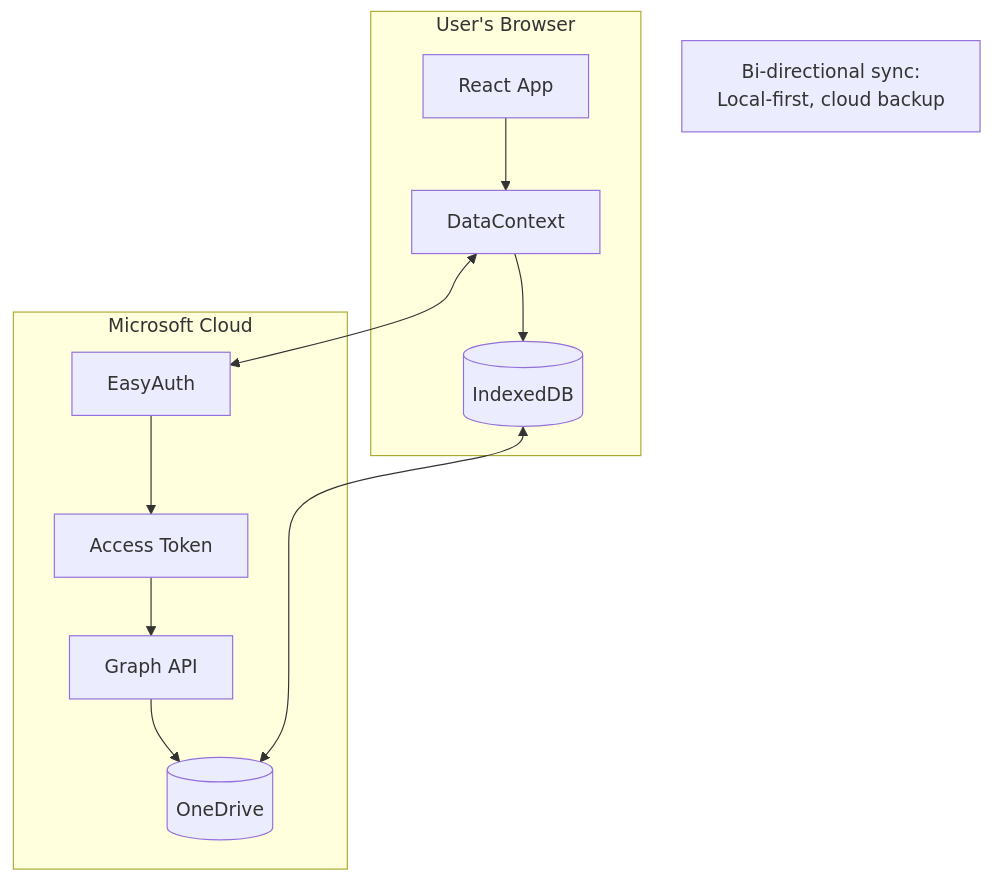
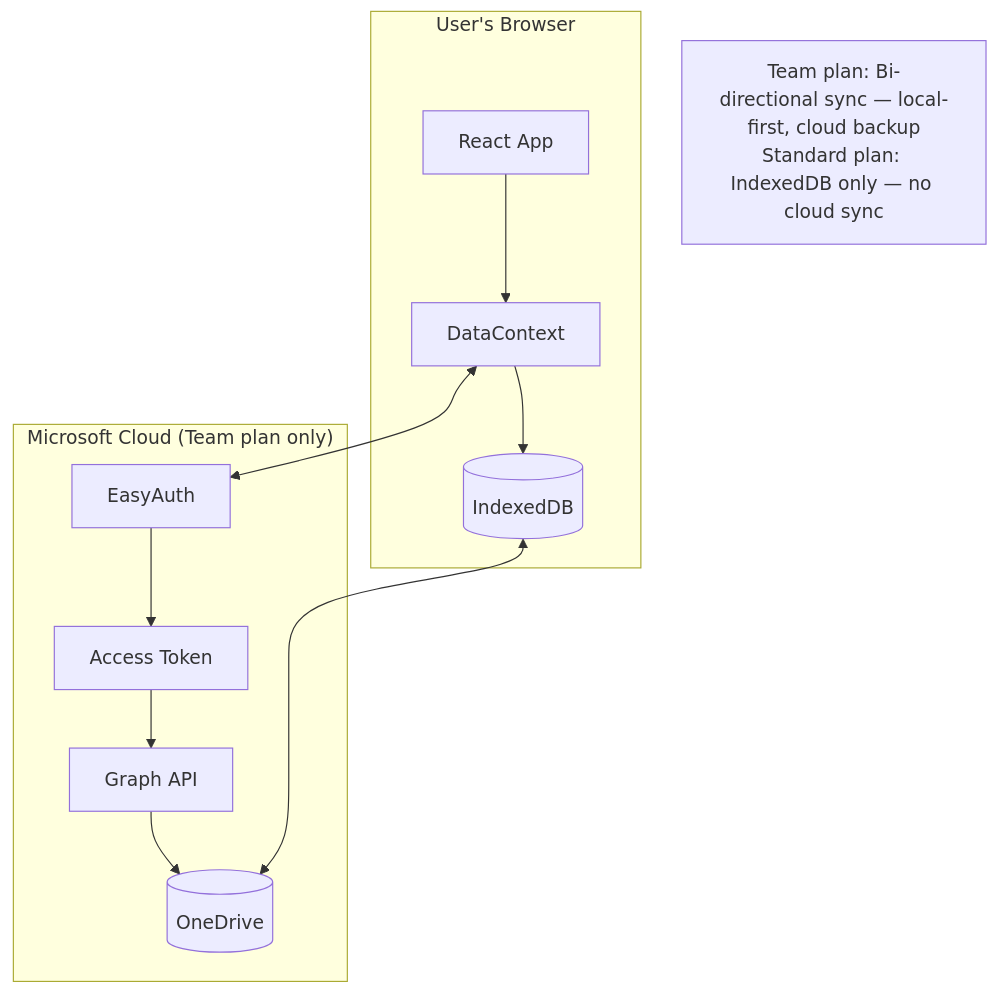
The ninth of 11 diagrams in docs/05-technical/architecture/data-flow.md (jukka-matti/variscout), drawn with Mermaid before and after one commit. The commit also changed other lines of this file and 25 other files, not shown here.

First line of the commit message:
fix: gate cloud sync behind isTeamPlan() — Standard plan is local-only

````diff
--- a/docs/05-technical/architecture/data-flow.md
+++ b/docs/05-technical/architecture/data-flow.md
@@ -237,18 +239,18 @@
 ```mermaid
 flowchart TB
     subgraph Browser["User's Browser"]
         A[React App] --> B[DataContext]
         B --> C[(IndexedDB)]
     end
 
-    subgraph Cloud["Microsoft Cloud"]
+    subgraph Cloud["Microsoft Cloud (Team plan only)"]
         D[EasyAuth] --> E[Access Token]
         E --> F[Graph API]
         F --> G[(OneDrive)]
     end
 
     B <--> D
     C <--> G
 
-    note1[Bi-directional sync:<br/>Local-first, cloud backup]
+    note1[Team plan: Bi-directional sync — local-first, cloud backup<br/>Standard plan: IndexedDB only — no cloud sync]
 ```
````
